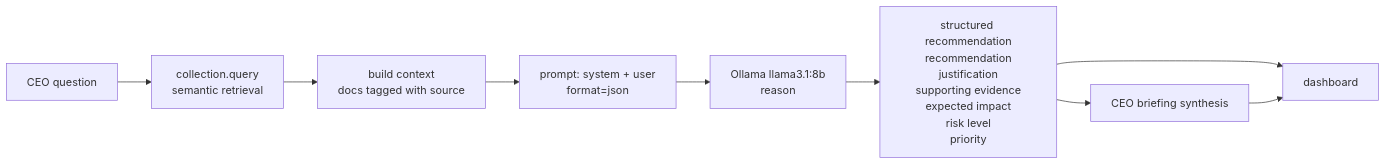
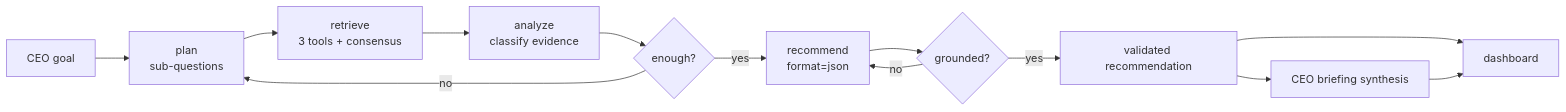
One commit to Nihalpujari/ML_Practice changed the second of 2 diagrams in NLP/NLP Exam/AI CEO Strategic Intelligence Agent/README.md. Above: the diagram before and after it, drawn with Mermaid. The commit also changed other lines of this file and 8 other files, not shown here.

````diff
--- a/NLP/NLP Exam/AI CEO Strategic Intelligence Agent/README.md
+++ b/NLP/NLP Exam/AI CEO Strategic Intelligence Agent/README.md
@@ -126,11 +182,15 @@
 ```mermaid
 flowchart LR
-    Q[CEO question] --> SEM[collection.query<br/>semantic retrieval]
-    SEM --> CTX[build context<br/>docs tagged with source]
-    CTX --> PROMPT[prompt: system + user<br/>format=json]
-    PROMPT --> LLM[Ollama llama3.1:8b<br/>reason]
-    LLM --> OUT[structured recommendation<br/>recommendation<br/>justification<br/>supporting evidence<br/>expected impact<br/>risk level<br/>priority]
+    Q[CEO goal] --> PLAN[plan<br/>sub-questions]
+    PLAN --> RETR[retrieve<br/>3 tools + consensus]
+    RETR --> ANA[analyze<br/>classify evidence]
+    ANA --> DEC{enough?}
+    DEC -->|no| PLAN
+    DEC -->|yes| REC[recommend<br/>format=json]
+    REC --> VAL{grounded?}
+    VAL -->|no| REC
+    VAL -->|yes| OUT[validated recommendation]
     OUT --> BRIEF[CEO briefing synthesis]
     OUT --> UI[dashboard]
     BRIEF --> UI
 ```
````
